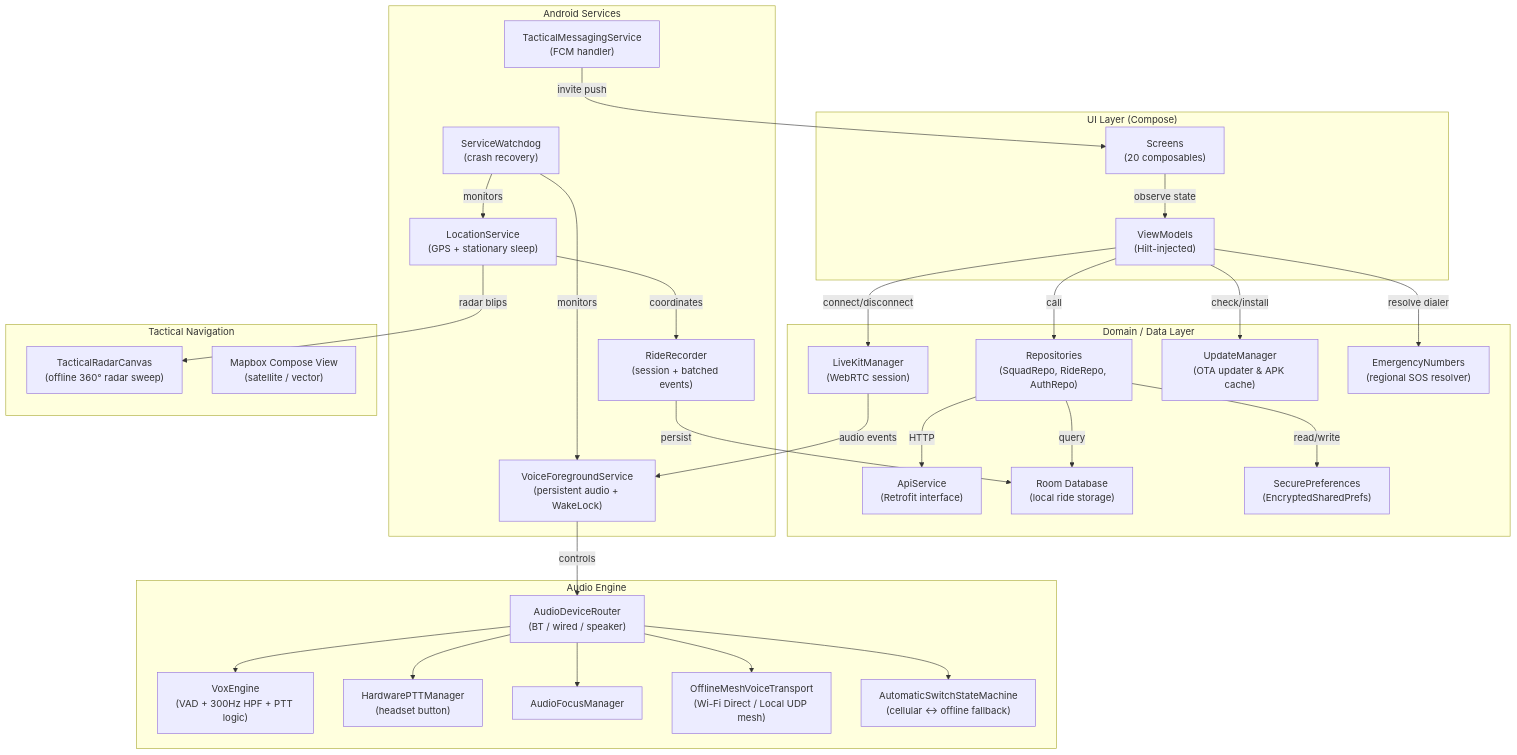
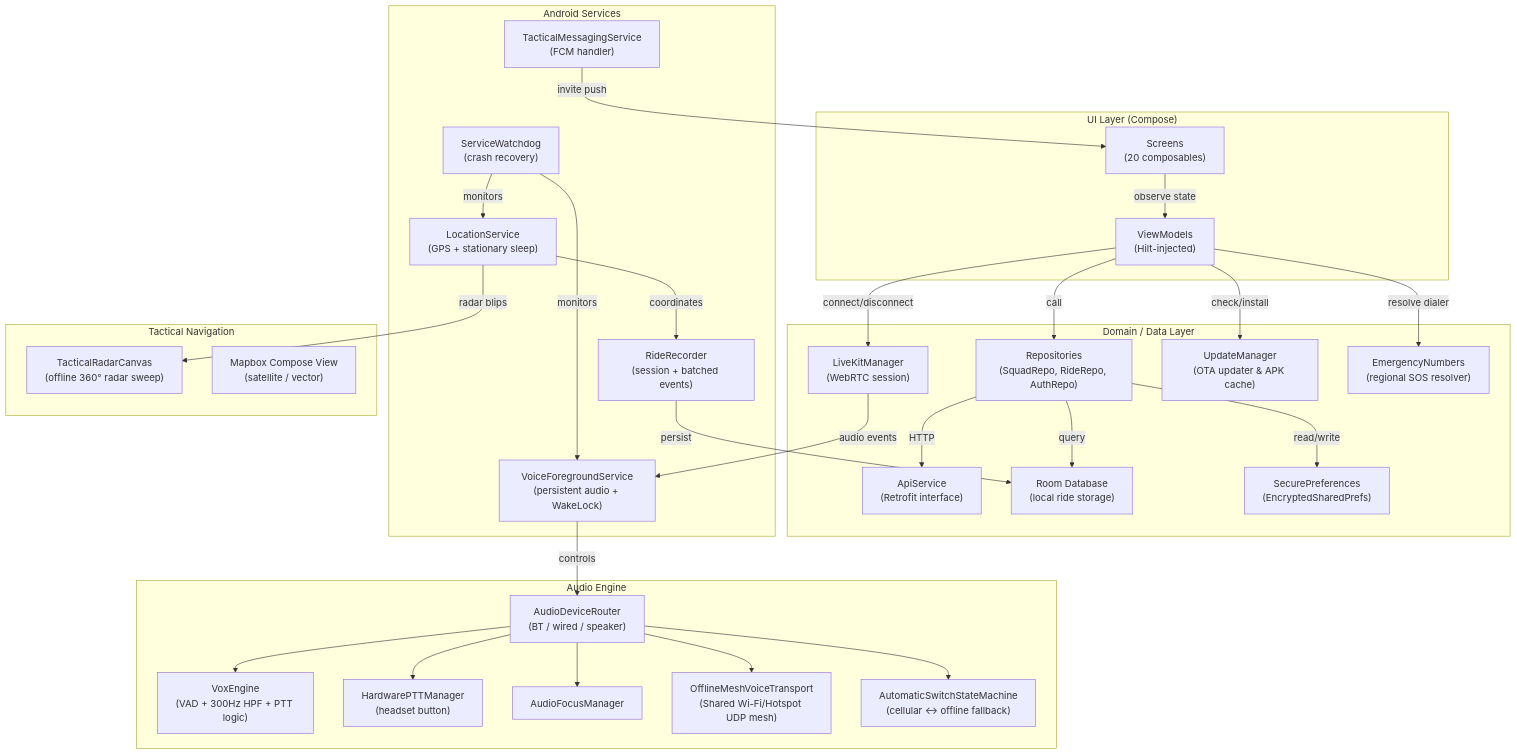
Before and after one commit to BuzyU/Rider_APP: the second of 7 diagrams in ARCHITECTURE.md, drawn with Mermaid. The commit also changed 27 other files, not shown here.

````diff
--- a/ARCHITECTURE.md
+++ b/ARCHITECTURE.md
@@ -55,61 +55,61 @@
 ```mermaid
 graph TB
     subgraph UI["UI Layer (Compose)"]
         Screens["Screens\n(20 composables)"]
         VMs["ViewModels\n(Hilt-injected)"]
     end
 
     subgraph Domain["Domain / Data Layer"]
         Repos["Repositories\n(SquadRepo, RideRepo, AuthRepo)"]
         ApiSvc["ApiService\n(Retrofit interface)"]
         LKMgr["LiveKitManager\n(WebRTC session)"]
         RoomDB["Room Database\n(local ride storage)"]
         SecPrefs["SecurePreferences\n(EncryptedSharedPrefs)"]
         UpdateMgr["UpdateManager\n(OTA updater & APK cache)"]
         EmergNum["EmergencyNumbers\n(regional SOS resolver)"]
     end
 
     subgraph Services["Android Services"]
         VoiceSvc["VoiceForegroundService\n(persistent audio + WakeLock)"]
         LocSvc["LocationService\n(GPS + stationary sleep)"]
         RideRec["RideRecorder\n(session + batched events)"]
         MsgSvc["TacticalMessagingService\n(FCM handler)"]
         Watchdog["ServiceWatchdog\n(crash recovery)"]
     end
 
     subgraph Audio["Audio Engine"]
         AudioRouter["AudioDeviceRouter\n(BT / wired / speaker)"]
         VoxEngine["VoxEngine\n(VAD + 300Hz HPF + PTT logic)"]
         PTT["HardwarePTTManager\n(headset button)"]
         AudioFocus["AudioFocusManager"]
-        Mesh["OfflineMeshVoiceTransport\n(Wi-Fi Direct / Local UDP mesh)"]
+        Mesh["OfflineMeshVoiceTransport\n(Shared Wi-Fi/Hotspot UDP mesh)"]
         Handoff["AutomaticSwitchStateMachine\n(cellular ↔ offline fallback)"]
     end
 
     subgraph NavHUD["Tactical Navigation"]
         RadarHUD["TacticalRadarCanvas\n(offline 360° radar sweep)"]
         MapboxHUD["Mapbox Compose View\n(satellite / vector)"]
     end
 
     Screens -- "observe state" --> VMs
     VMs -- "call" --> Repos
     Repos -- "HTTP" --> ApiSvc
     Repos -- "query" --> RoomDB
     Repos -- "read/write" --> SecPrefs
     VMs -- "connect/disconnect" --> LKMgr
     VMs -- "check/install" --> UpdateMgr
     VMs -- "resolve dialer" --> EmergNum
     LKMgr -- "audio events" --> VoiceSvc
     VoiceSvc -- "controls" --> AudioRouter
     AudioRouter --> VoxEngine
     AudioRouter --> PTT
     AudioRouter --> AudioFocus
     AudioRouter --> Mesh
     AudioRouter --> Handoff
     LocSvc -- "coordinates" --> RideRec
     LocSvc -- "radar blips" --> RadarHUD
     RideRec -- "persist" --> RoomDB
     MsgSvc -- "invite push" --> Screens
     Watchdog -- "monitors" --> VoiceSvc
     Watchdog -- "monitors" --> LocSvc
 ```
````
